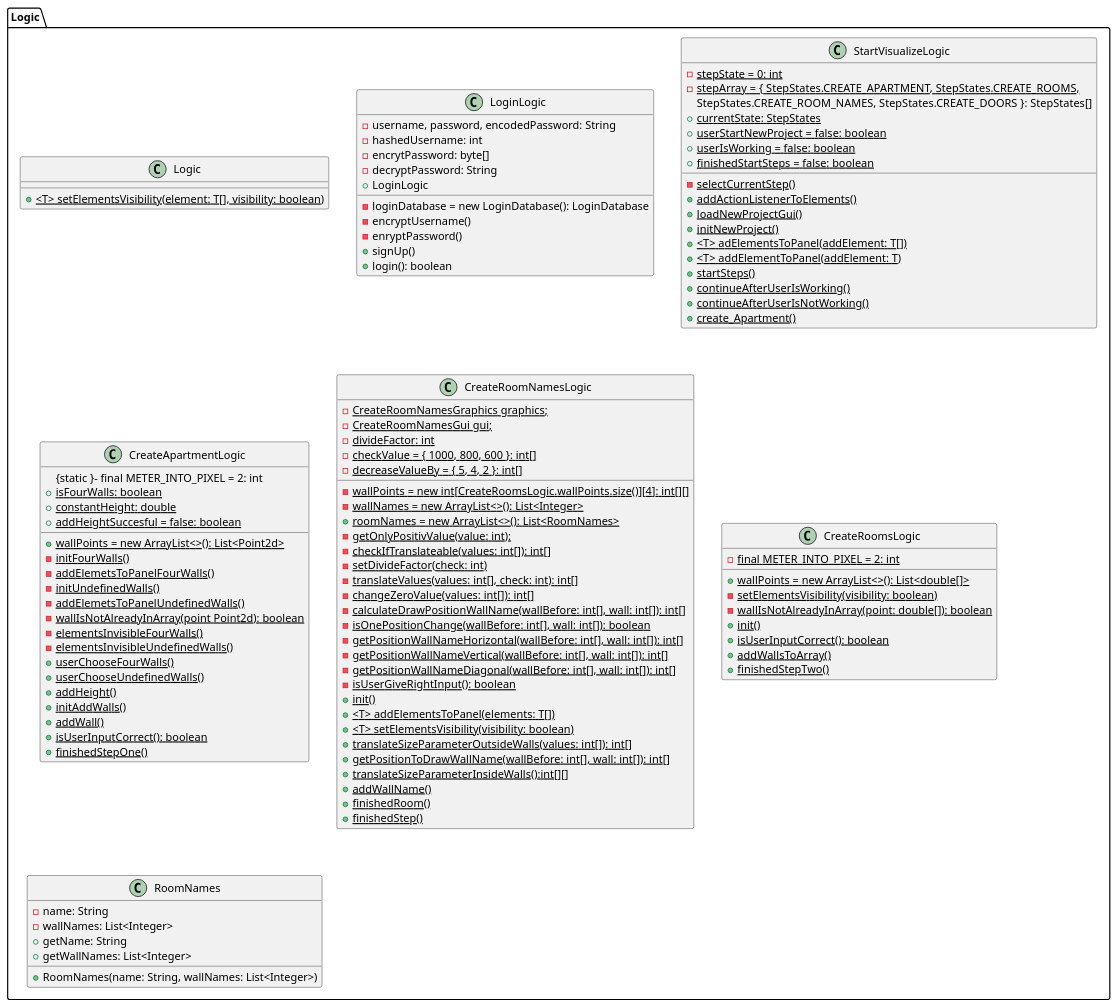
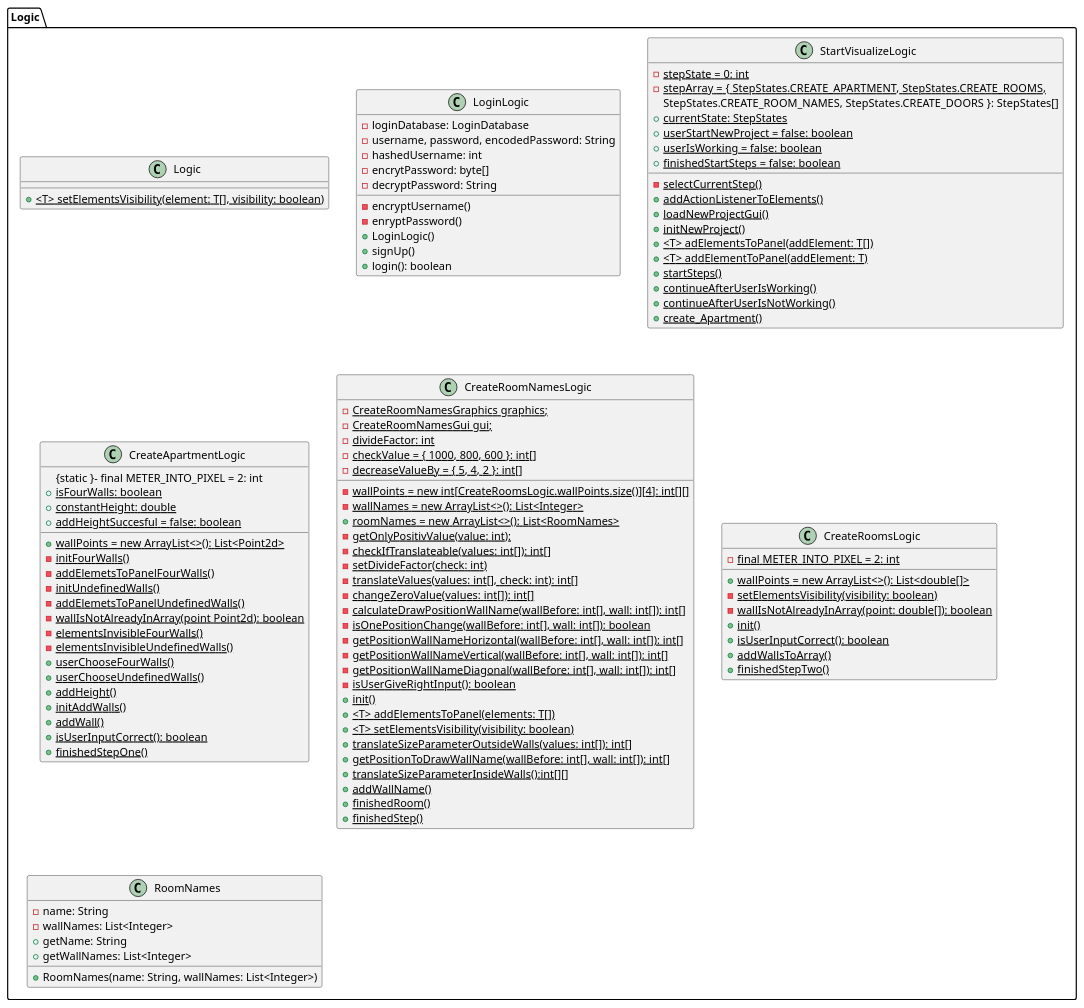
The diagram in doc/Diagrams/class diagrams/Logic.class diagram.md (Raboro/Home-Visualizer), drawn with PlantUML before and after one commit.

Commit message:
delete a wrong implementation

```diff
--- a/doc/Diagrams/class diagrams/Logic.class diagram.md
+++ b/doc/Diagrams/class diagrams/Logic.class diagram.md
@@ -7,14 +7,14 @@
     }
 
     class LoginLogic {
-        - loginDatabase = new LoginDatabase(): LoginDatabase
+        - loginDatabase: LoginDatabase
         - username, password, encodedPassword: String
         - hashedUsername: int
         - encrytPassword: byte[]
         - encryptUsername()
         - enryptPassword()
         - decryptPassword: String
-        + LoginLogic
+        + LoginLogic()
         + signUp()
         + login(): boolean
     }
```
